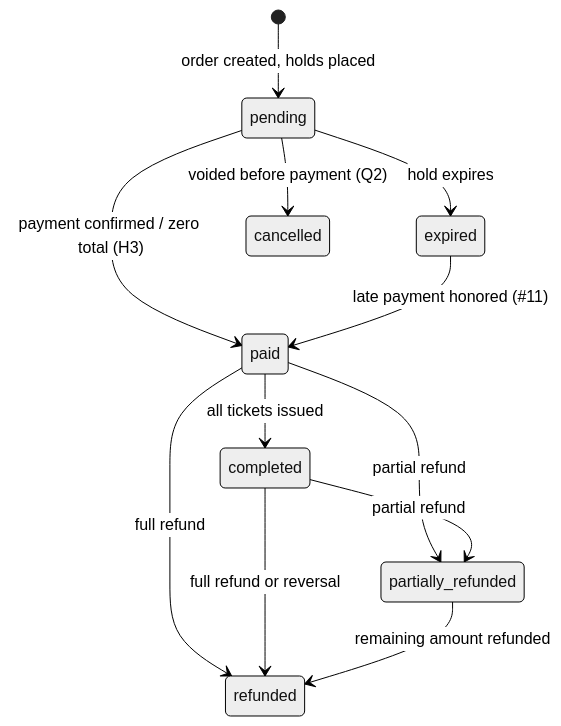
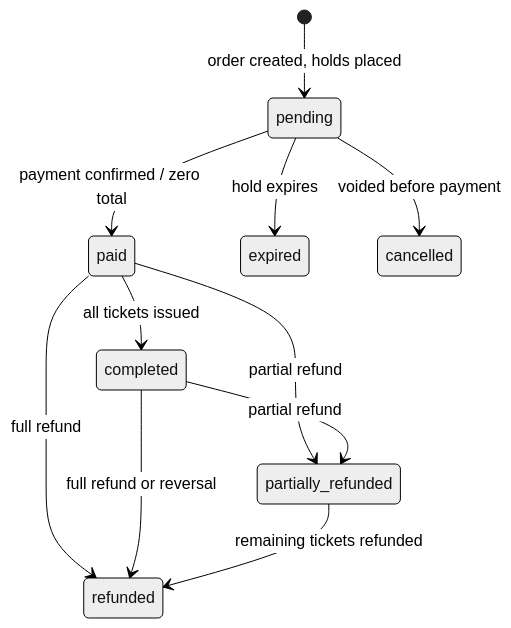
One commit to kreativesahara/ticket changed the second of 7 diagrams in doc/state-machines.md. Above: the diagram before and after it, drawn with Mermaid (neutral theme). The commit also changed other lines of this file and 5 other files, not shown here.

````diff
--- a/doc/state-machines.md
+++ b/doc/state-machines.md
@@ -74,14 +78,13 @@
 ```mermaid
 stateDiagram-v2
     [*] --> pending : order created, holds placed
-    pending --> paid : payment confirmed / zero total (H3)
+    pending --> paid : payment confirmed / zero total
     pending --> expired : hold expires
-    pending --> cancelled : voided before payment (Q2)
-    expired --> paid : late payment honored (#11)
+    pending --> cancelled : voided before payment
     paid --> completed : all tickets issued
     paid --> partially_refunded : partial refund
     paid --> refunded : full refund
     completed --> partially_refunded : partial refund
     completed --> refunded : full refund or reversal
-    partially_refunded --> refunded : remaining amount refunded
+    partially_refunded --> refunded : remaining tickets refunded
 ```
````
